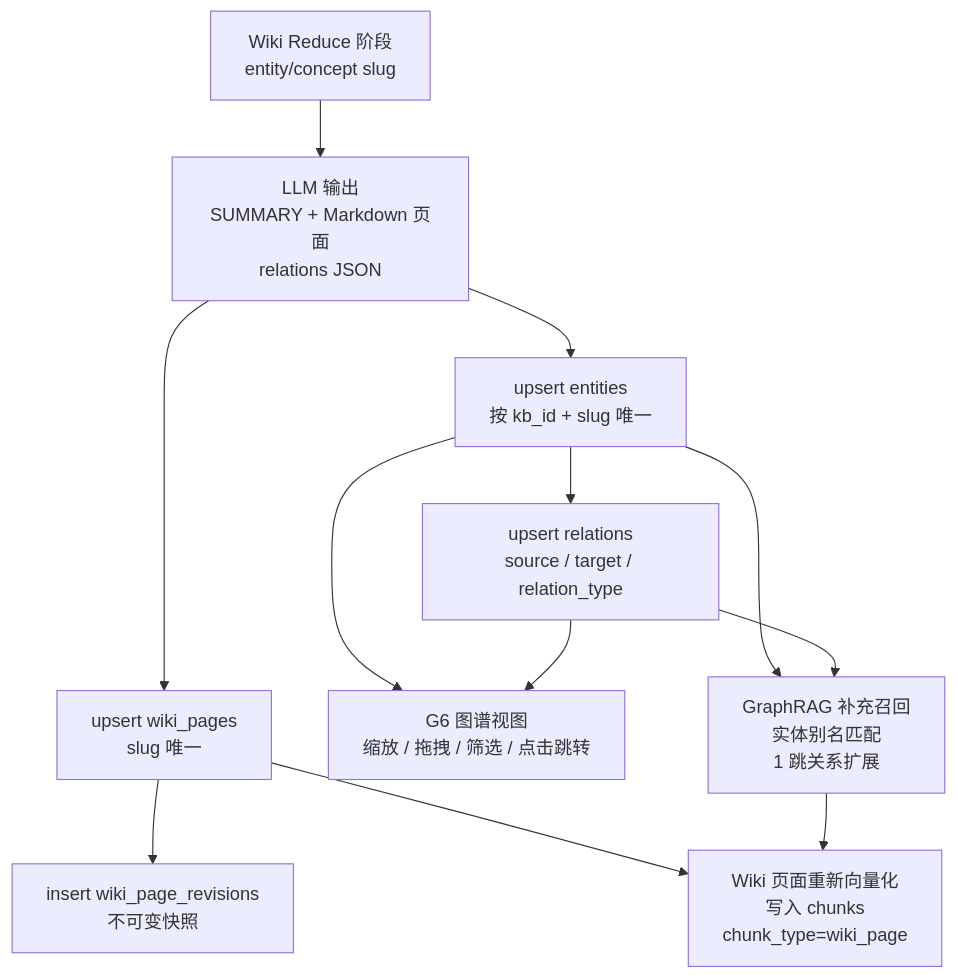
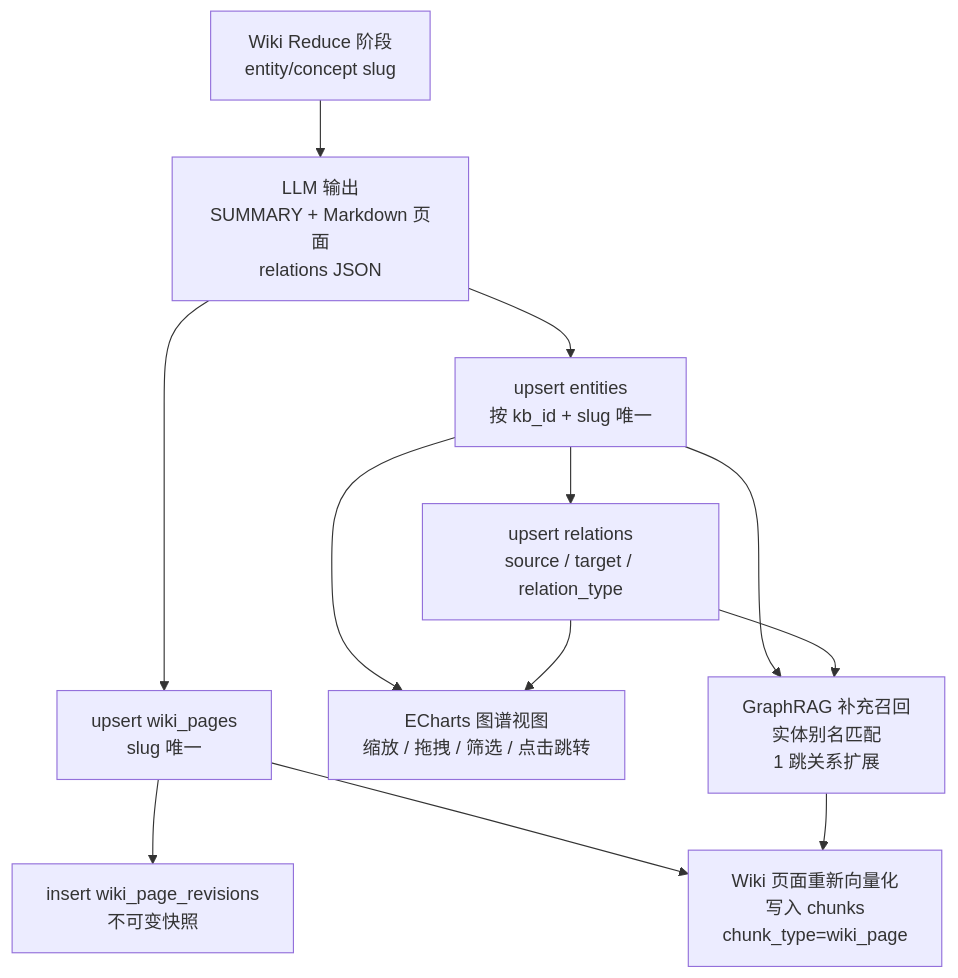
The seventh of 8 diagrams in docs/architecture.md (Quashy/OpenWiki), drawn with Mermaid before and after one commit. The commit also changed other lines of this file and 3 other files, not shown here.

````diff
--- a/docs/architecture.md
+++ b/docs/architecture.md
@@ -503,22 +503,22 @@
 ```mermaid
 flowchart TD
     reduce["Wiki Reduce 阶段<br/>entity/concept slug"]
     llm["LLM 输出<br/>SUMMARY + Markdown 页面<br/>relations JSON"]
     page["upsert wiki_pages<br/>slug 唯一"]
     revision["insert wiki_page_revisions<br/>不可变快照"]
     entity["upsert entities<br/>按 kb_id + slug 唯一"]
     relation["upsert relations<br/>source / target / relation_type"]
     chunks["Wiki 页面重新向量化<br/>写入 chunks<br/>chunk_type=wiki_page"]
-    g6["G6 图谱视图<br/>缩放 / 拖拽 / 筛选 / 点击跳转"]
+    echarts["ECharts 图谱视图<br/>缩放 / 拖拽 / 筛选 / 点击跳转"]
     graphrag["GraphRAG 补充召回<br/>实体别名匹配<br/>1 跳关系扩展"]
 
     reduce --> llm
     llm --> page --> revision
     llm --> entity --> relation
     page --> chunks
-    entity --> g6
-    relation --> g6
+    entity --> echarts
+    relation --> echarts
     entity --> graphrag
     relation --> graphrag
     graphrag --> chunks
 ```
````
